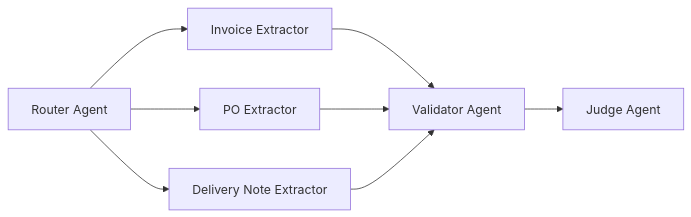
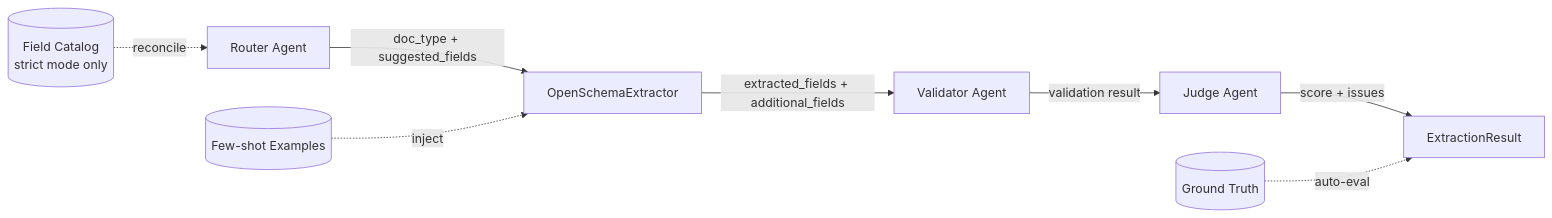
One commit to Phatcharaphon-Hemnon/Configurable-Document-Extraction changed the diagram in README.md. Above: the diagram before and after it, drawn with Mermaid. The commit also changed other lines of this file, not shown here.

````diff
--- a/README.md
+++ b/README.md
@@ -7,10 +7,11 @@
 ```mermaid
 flowchart LR
-	A[Router Agent] --> B[Invoice Extractor]
-	A --> C[PO Extractor]
-	A --> D[Delivery Note Extractor]
-	B --> E[Validator Agent]
-	C --> E
-	D --> E
-	E --> F[Judge Agent]
+	A[Router Agent] -->|doc_type + suggested_fields| B[OpenSchemaExtractor]
+	B -->|extracted_fields + additional_fields| C[Validator Agent]
+	C -->|validation result| D[Judge Agent]
+	D -->|score + issues| E[ExtractionResult]
+
+	F[(Field Catalog<br/>strict mode only)] -.reconcile.-> A
+	G[(Few-shot Examples)] -.inject.-> B
+	H[(Ground Truth)] -.auto-eval.-> E
 ```
````
